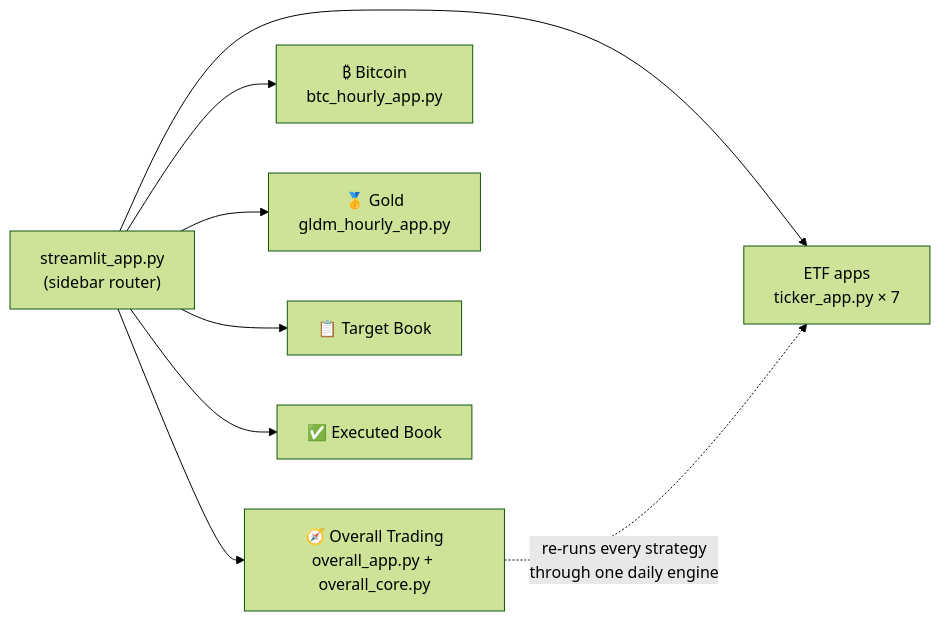
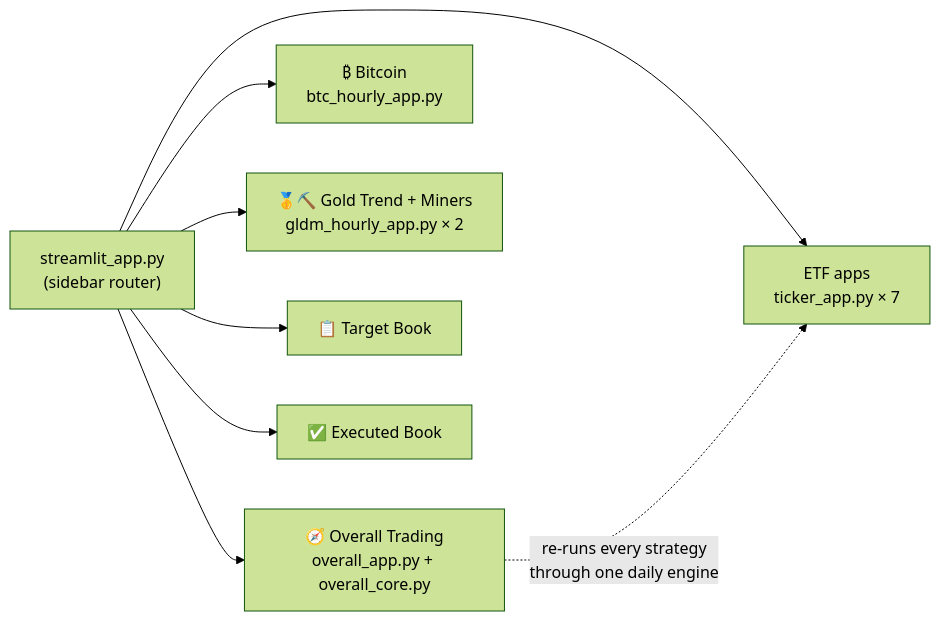
Before and after one commit to yoursprerit/btc-range-model: the second of 3 diagrams in README.md, drawn with Mermaid (forest theme). The commit also changed other lines of this file and 16 other files, not shown here.

````diff
--- a/README.md
+++ b/README.md
@@ -86,11 +88,11 @@
 ```mermaid
 flowchart LR
     R["streamlit_app.py<br/>(sidebar router)"]
     R --> OV["🧭 Overall Trading<br/>overall_app.py + overall_core.py"]
     R --> BT["₿ Bitcoin<br/>btc_hourly_app.py"]
-    R --> GL["🥇 Gold<br/>gldm_hourly_app.py"]
+    R --> GL["🥇⛏️ Gold Trend + Miners<br/>gldm_hourly_app.py × 2"]
     R --> TK["ETF apps<br/>ticker_app.py × 7"]
     R --> TB["📋 Target Book"]
     R --> EB["✅ Executed Book"]
     OV -. "re-runs every strategy<br/>through one daily engine" .-> TK
 ```
````
